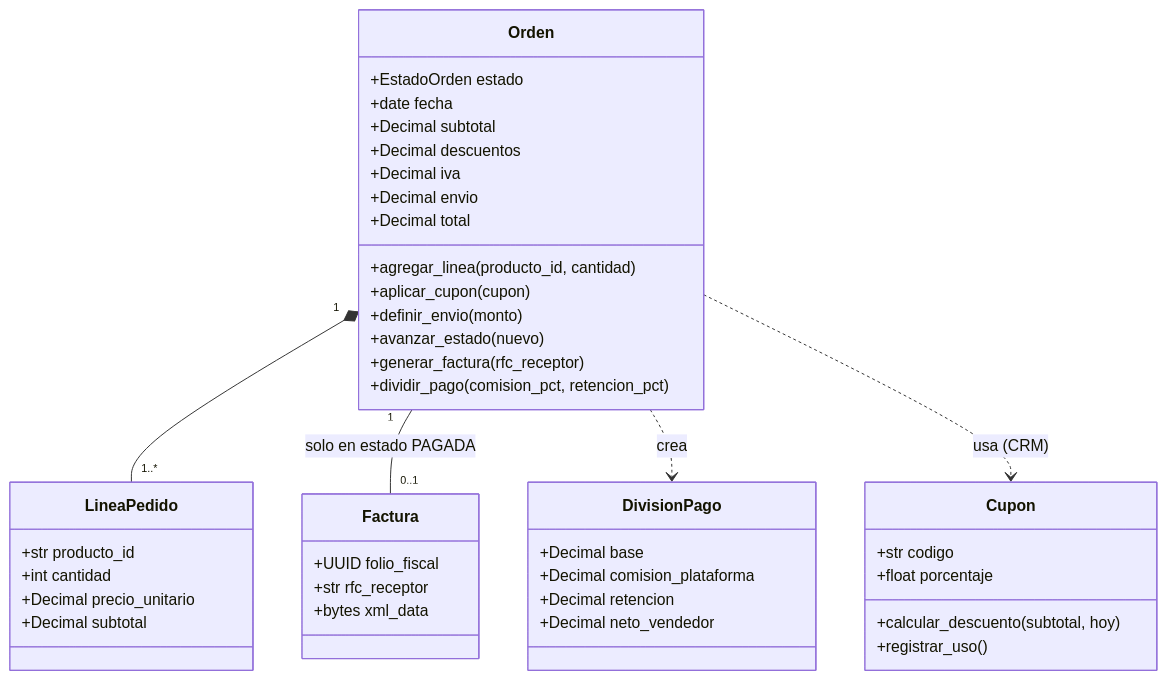
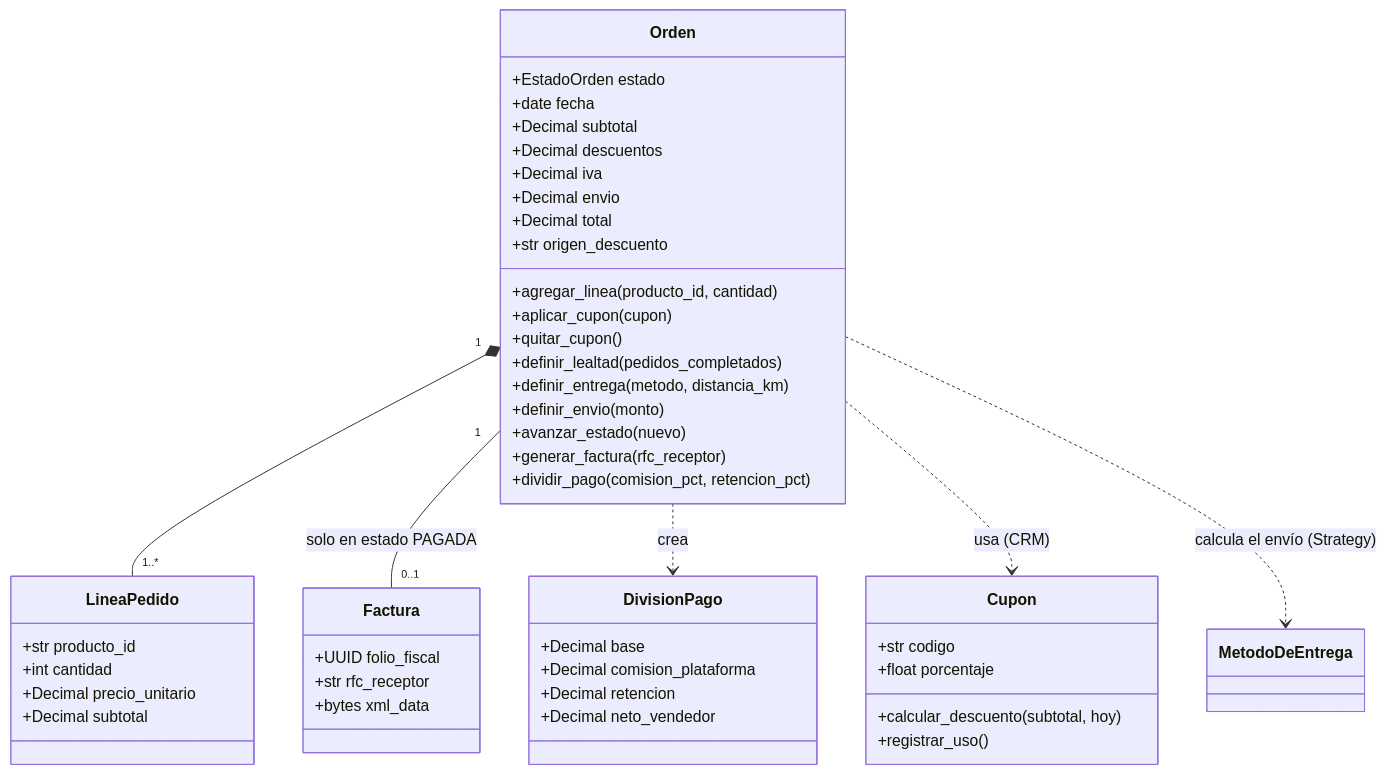
The first of 2 diagrams in backend/app/domain/erp/UML.md (SEBASTIANCONTRERAS35/FACFOOD), drawn with Mermaid before and after one commit. The commit also changed other lines of this file and 4 other files, not shown here.

First line of the commit message:
Dominio: corregir los 4 errores del ERP e integrar el Strategy de entrega

````diff
--- a/backend/app/domain/erp/UML.md
+++ b/backend/app/domain/erp/UML.md
@@ -5,45 +5,50 @@
 ```mermaid
 classDiagram
     class Orden {
         +EstadoOrden estado
         +date fecha
         +Decimal subtotal
         +Decimal descuentos
         +Decimal iva
         +Decimal envio
         +Decimal total
+        +str origen_descuento
         +agregar_linea(producto_id, cantidad)
         +aplicar_cupon(cupon)
+        +quitar_cupon()
+        +definir_lealtad(pedidos_completados)
+        +definir_entrega(metodo, distancia_km)
         +definir_envio(monto)
         +avanzar_estado(nuevo)
         +generar_factura(rfc_receptor)
         +dividir_pago(comision_pct, retencion_pct)
     }
     class LineaPedido {
         +str producto_id
         +int cantidad
         +Decimal precio_unitario
         +Decimal subtotal
     }
     class Factura {
         +UUID folio_fiscal
         +str rfc_receptor
         +bytes xml_data
     }
     class DivisionPago {
         +Decimal base
         +Decimal comision_plataforma
         +Decimal retencion
         +Decimal neto_vendedor
     }
     class Cupon {
         +str codigo
         +float porcentaje
         +calcular_descuento(subtotal, hoy)
         +registrar_uso()
     }
     Orden "1" *-- "1..*" LineaPedido
     Orden "1" -- "0..1" Factura : solo en estado PAGADA
     Orden ..> DivisionPago : crea
     Orden ..> Cupon : usa (CRM)
+    Orden ..> MetodoDeEntrega : calcula el envío (Strategy)
 ```
````
